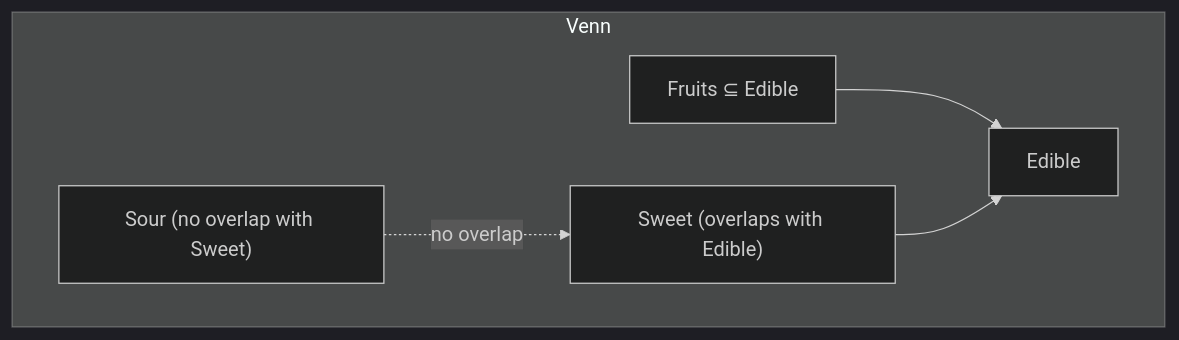
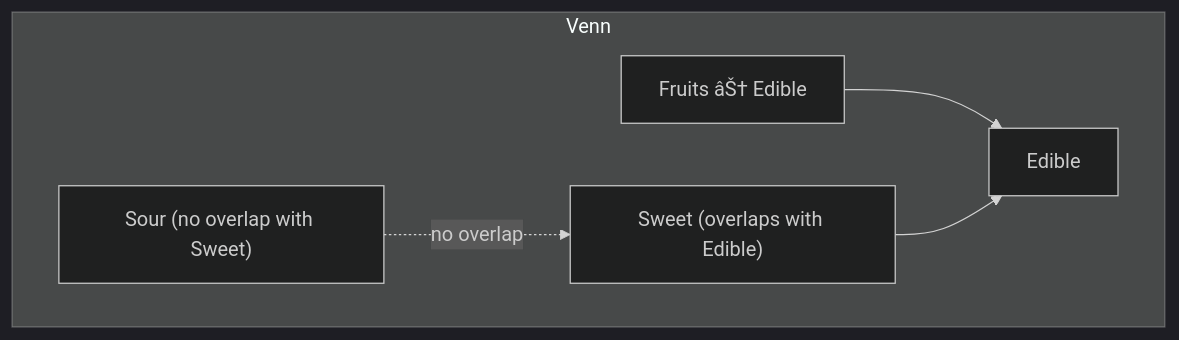
One commit to Raushan666java/ai-engineering-journey changed the second of 3 diagrams in docs/courses/government-pyqs/05-ibps-so-2020.md. Above: the diagram before and after it, drawn with Mermaid (dark theme). The commit also changed other lines of this file and 735 other files, not shown here.

````diff
--- a/docs/courses/government-pyqs/05-ibps-so-2020.md
+++ b/docs/courses/government-pyqs/05-ibps-so-2020.md
@@ -348,12 +348,12 @@
 ```mermaid
 graph TD
     subgraph Venn
-        F["Fruits ⊆ Edible"]
+        F["Fruits âŠ† Edible"]
         E["Edible"]
         S["Sweet (overlaps with Edible)"]
         R["Sour (no overlap with Sweet)"]
     end
     F --> E
     S --> E
     R -. "no overlap" .-> S
 ```
````
